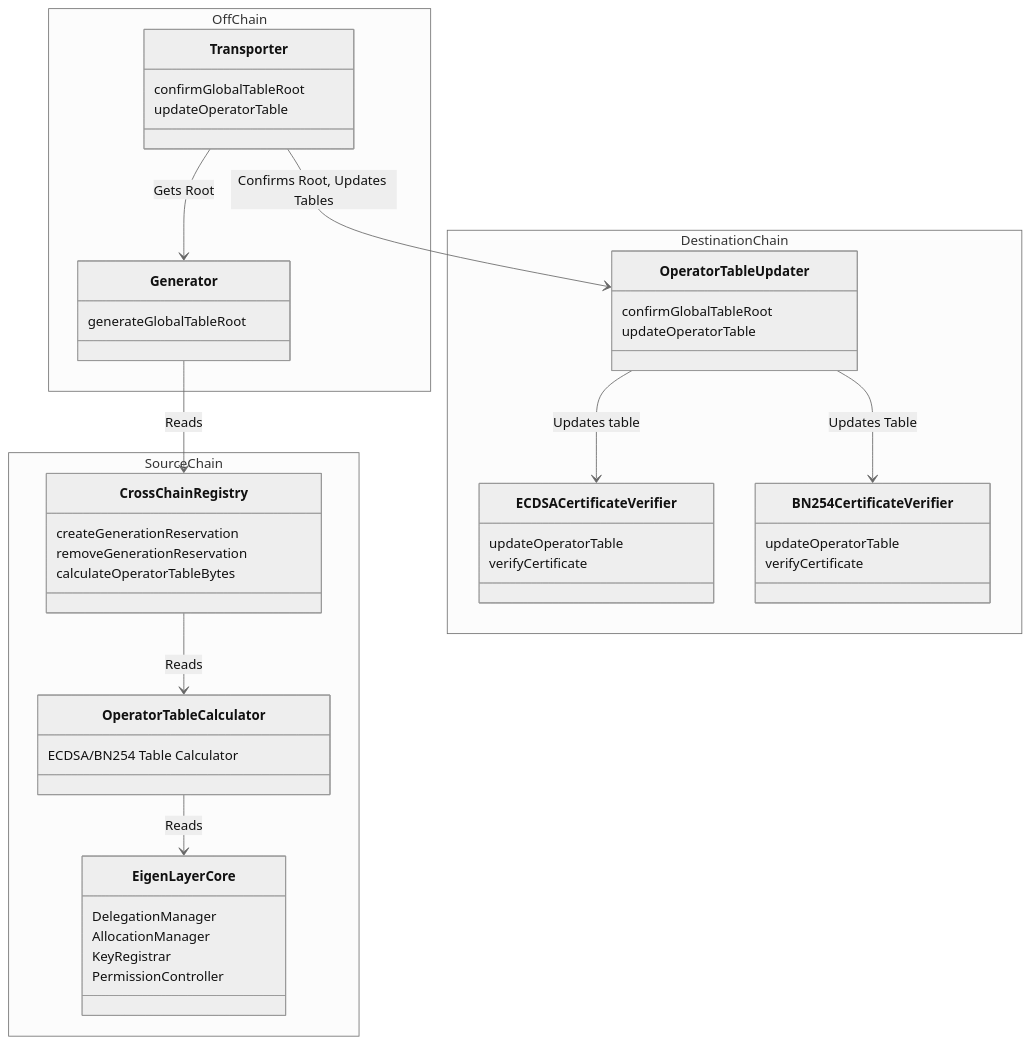
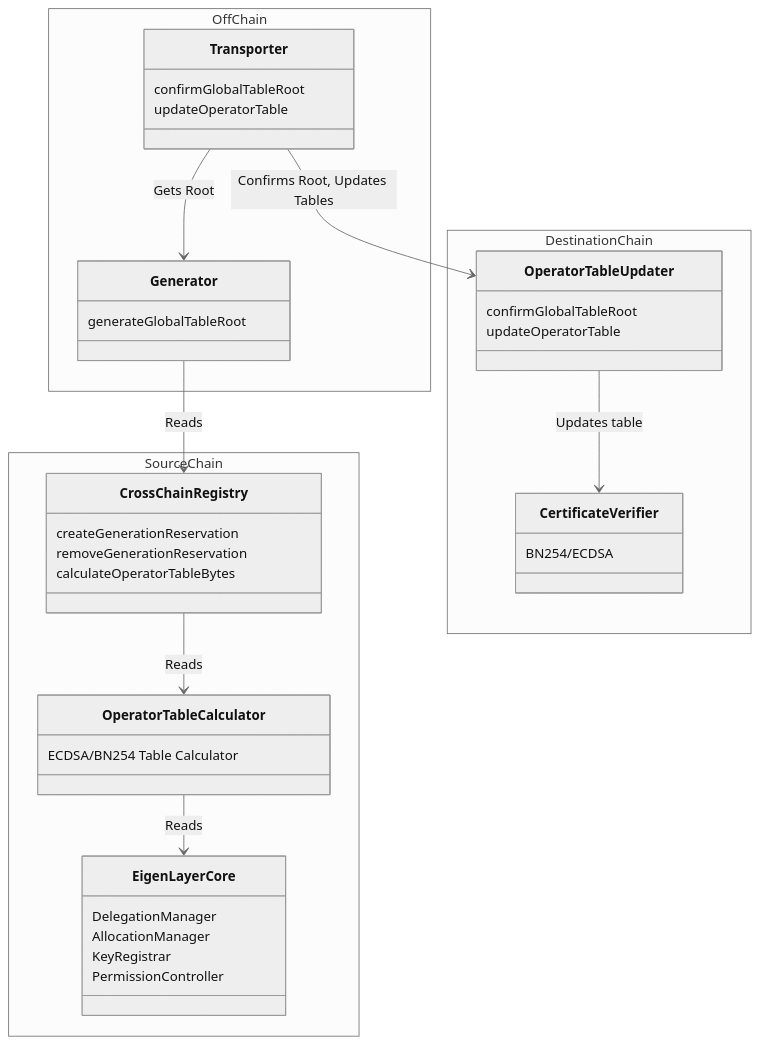
The diagram in docs/multichain/README.md (Layr-Labs/eigenlayer-contracts), drawn with Mermaid (neutral theme) before and after one commit. The commit also changed other lines of this file and 4 other files, not shown here.

````diff
--- a/docs/multichain/README.md
+++ b/docs/multichain/README.md
@@ -13,52 +23,46 @@
 ```mermaid
 classDiagram 
 direction TD
 namespace Source Chain {
 		class CrossChainRegistry {
 				createGenerationReservation
 				removeGenerationReservation
 				calculateOperatorTableBytes
 		}
     class OperatorTableCalculator {
 		    ECDSA/BN254 Table Calculator
 	  }
 		class EigenLayer Core {
 				DelegationManager
 				AllocationManager
 				KeyRegistrar
 				PermissionController
 		}
 }
 namespace Off Chain {
     class Generator {
 		    generateGlobalTableRoot
 		}
 		class Transporter {
 				confirmGlobalTableRoot
 				updateOperatorTable
 		}
 }
 namespace Destination Chain {
     class OperatorTableUpdater {
 		    confirmGlobalTableRoot
 		    updateOperatorTable
 		}
-    class ECDSACertificateVerifier {
-		    updateOperatorTable
-		    verifyCertificate
-		}
-    class BN254CertificateVerifier {
-		    updateOperatorTable
-		    verifyCertificate
-		}
+    class CertificateVerifier {
+		    BN254/ECDSA
+    }
 }
 
 
 CrossChainRegistry --> OperatorTableCalculator: Reads
 OperatorTableCalculator --> EigenLayer Core: Reads
 Generator --> CrossChainRegistry: Reads
 Transporter --> Generator: Gets Root
 Transporter --> OperatorTableUpdater: Confirms Root, Updates Tables
-OperatorTableUpdater --> ECDSACertificateVerifier: Updates table
-OperatorTableUpdater --> BN254CertificateVerifier: Updates Table
+OperatorTableUpdater --> CertificateVerifier: Updates table
 ```
````
